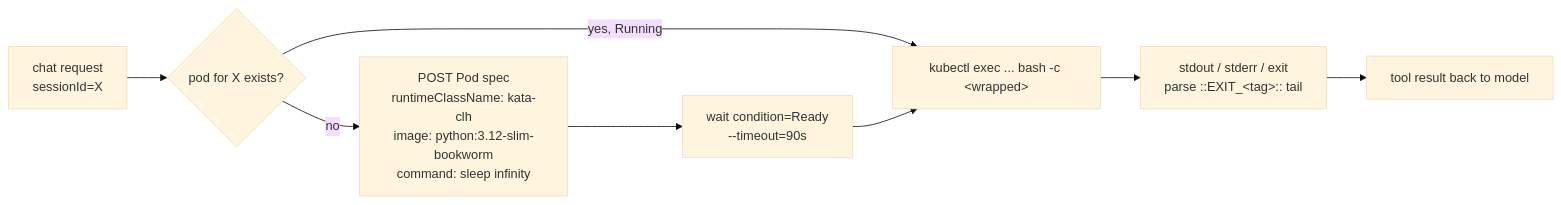
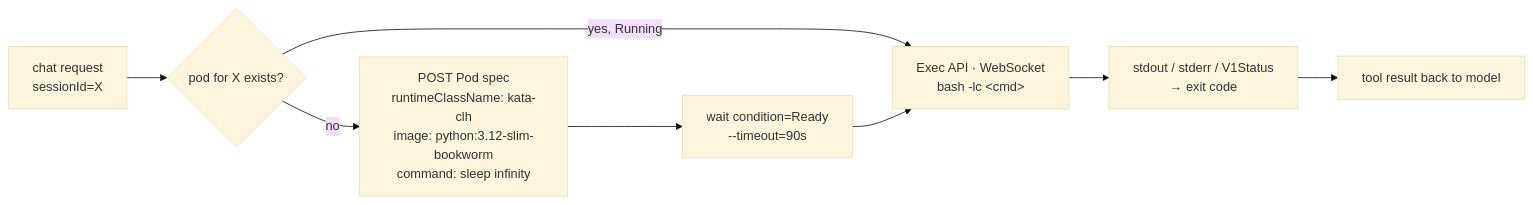
Before and after one commit to mikiastilahun/harness: the fourth of 5 diagrams in README.md, drawn with Mermaid (base theme). The commit also changed other lines of this file and 5 other files, not shown here.

````diff
--- a/README.md
+++ b/README.md
@@ -277,10 +283,10 @@
 ```mermaid
 flowchart LR
   R[chat request<br/>sessionId=X] --> A{pod for X exists?}
   A -- "no" --> C[POST Pod spec<br/>runtimeClassName: kata-clh<br/>image: python:3.12-slim-bookworm<br/>command: sleep infinity]
   C --> W[wait condition=Ready<br/>--timeout=90s]
   A -- "yes, Running" --> E
-  W --> E[kubectl exec ... bash -c &lt;wrapped&gt;]
-  E --> O[stdout / stderr / exit<br/>parse ::EXIT_&lt;tag&gt;:: tail]
+  W --> E[Exec API · WebSocket<br/>bash -lc &lt;cmd&gt;]
+  E --> O[stdout / stderr / V1Status<br/>→ exit code]
   O --> R2[tool result back to model]
 ```
````
